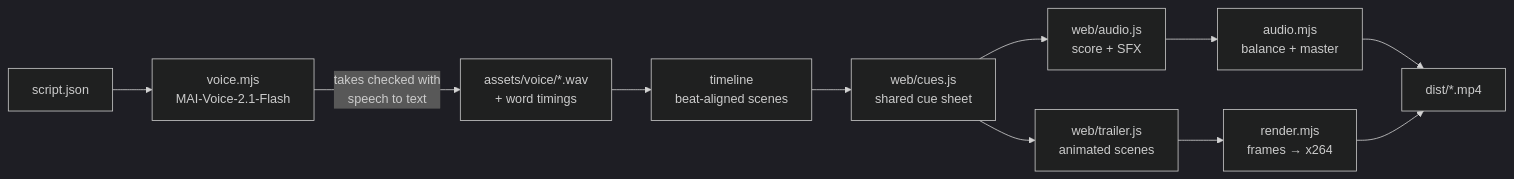
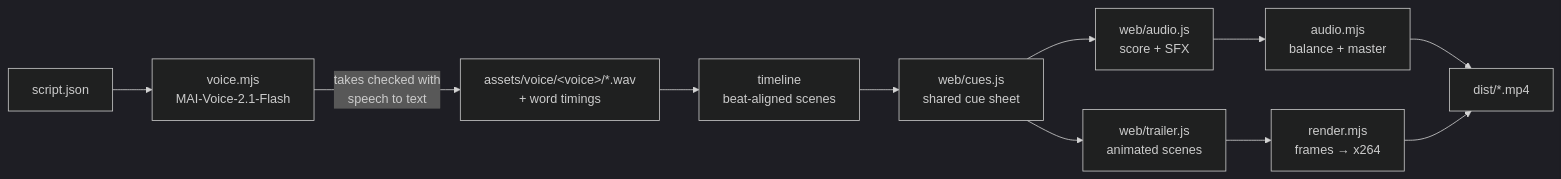
One commit to shenchauhan/LazyVimForWindows changed the diagram in trailer/README.md. Above: the diagram before and after it, drawn with Mermaid (dark theme). The commit also changed other lines of this file and 62 other files, not shown here.

````diff
--- a/trailer/README.md
+++ b/trailer/README.md
@@ -12,13 +16,13 @@
 ```mermaid
 flowchart LR
   S[script.json] --> V[voice.mjs<br/>MAI-Voice-2.1-Flash]
-  V -->|takes checked with<br/>speech to text| A[assets/voice/*.wav<br/>+ word timings]
+  V -->|takes checked with<br/>speech to text| A[assets/voice/&lt;voice&gt;/*.wav<br/>+ word timings]
   A --> T[timeline<br/>beat-aligned scenes]
   T --> C[web/cues.js<br/>shared cue sheet]
   C --> M[web/audio.js<br/>score + SFX]
   C --> G[web/trailer.js<br/>animated scenes]
   M --> MX[audio.mjs<br/>balance + master]
   G --> R[render.mjs<br/>frames → x264]
   MX --> F[dist/*.mp4]
   R --> F
 ```
````
